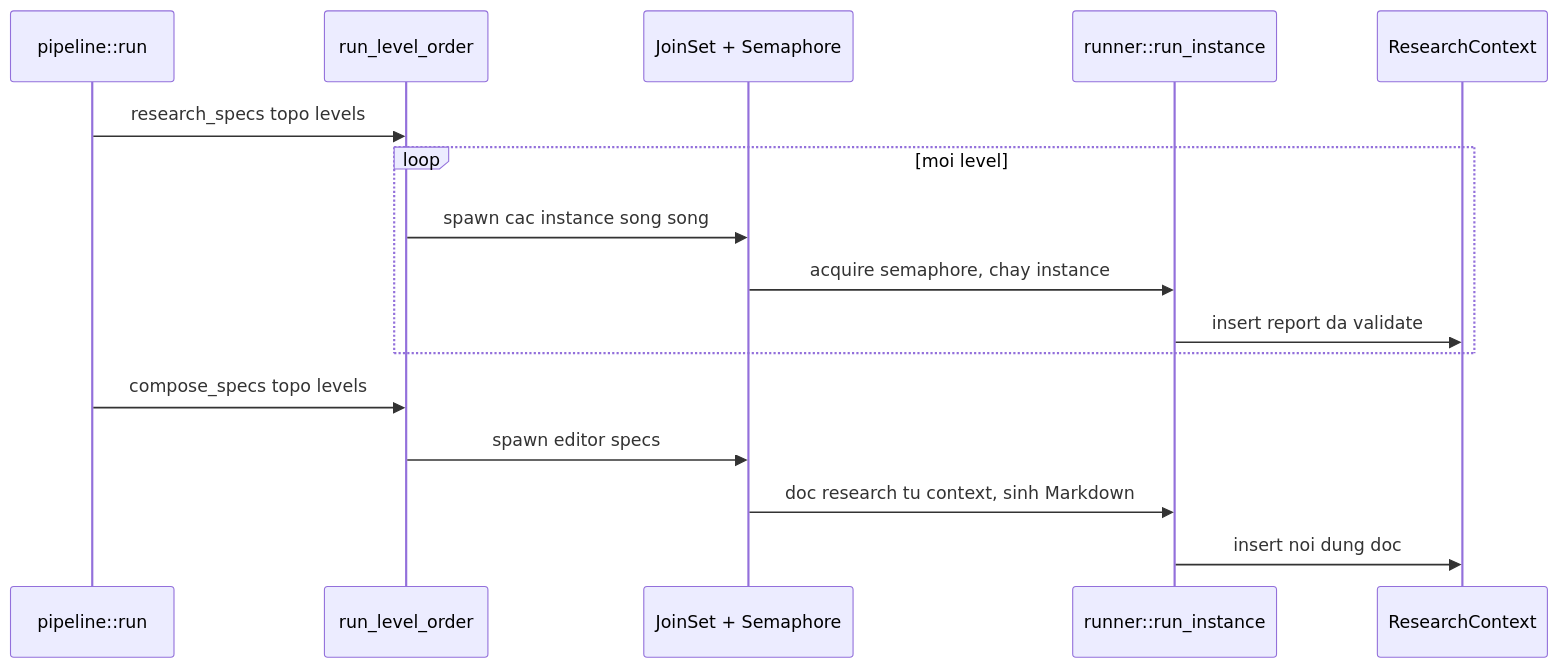
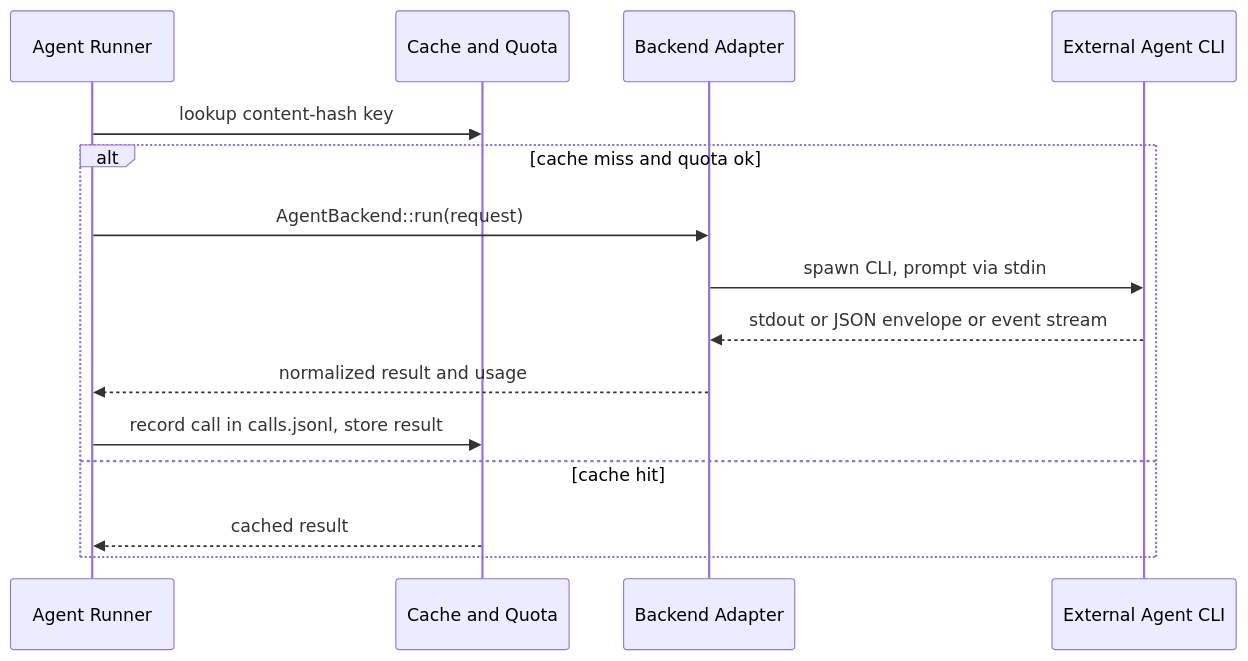
Before and after one commit to tidusvn05/agentwiki: the fifth of 5 diagrams in docs/vi/3.Workflow.md, drawn with Mermaid. The commit also changed other lines of this file and 49 other files, not shown here.

````diff
--- a/docs/vi/3.Workflow.md
+++ b/docs/vi/3.Workflow.md
@@ -123,19 +124,17 @@
 ```mermaid
 sequenceDiagram
-    participant P as pipeline::run
-    participant S as run_level_order
-    participant J as JoinSet + Semaphore
-    participant R as runner::run_instance
-    participant C as ResearchContext
-
-    P->>S: research_specs topo levels
-    loop moi level
-        S->>J: spawn cac instance song song
-        J->>R: acquire semaphore, chay instance
-        R->>C: insert report da validate
+    participant R as Agent Runner
+    participant C as Cache and Quota
+    participant B as Backend Adapter
+    participant X as External Agent CLI
+    R->>C: lookup content-hash key
+    alt cache miss and quota ok
+        R->>B: AgentBackend::run(request)
+        B->>X: spawn CLI, prompt via stdin
+        X-->>B: stdout or JSON envelope or event stream
+        B-->>R: normalized result and usage
+        R->>C: record call in calls.jsonl, store result
+    else cache hit
+        C-->>R: cached result
     end
-    P->>S: compose_specs topo levels
-    S->>J: spawn editor specs
-    J->>R: doc research tu context, sinh Markdown
-    R->>C: insert noi dung doc
 ```
````
